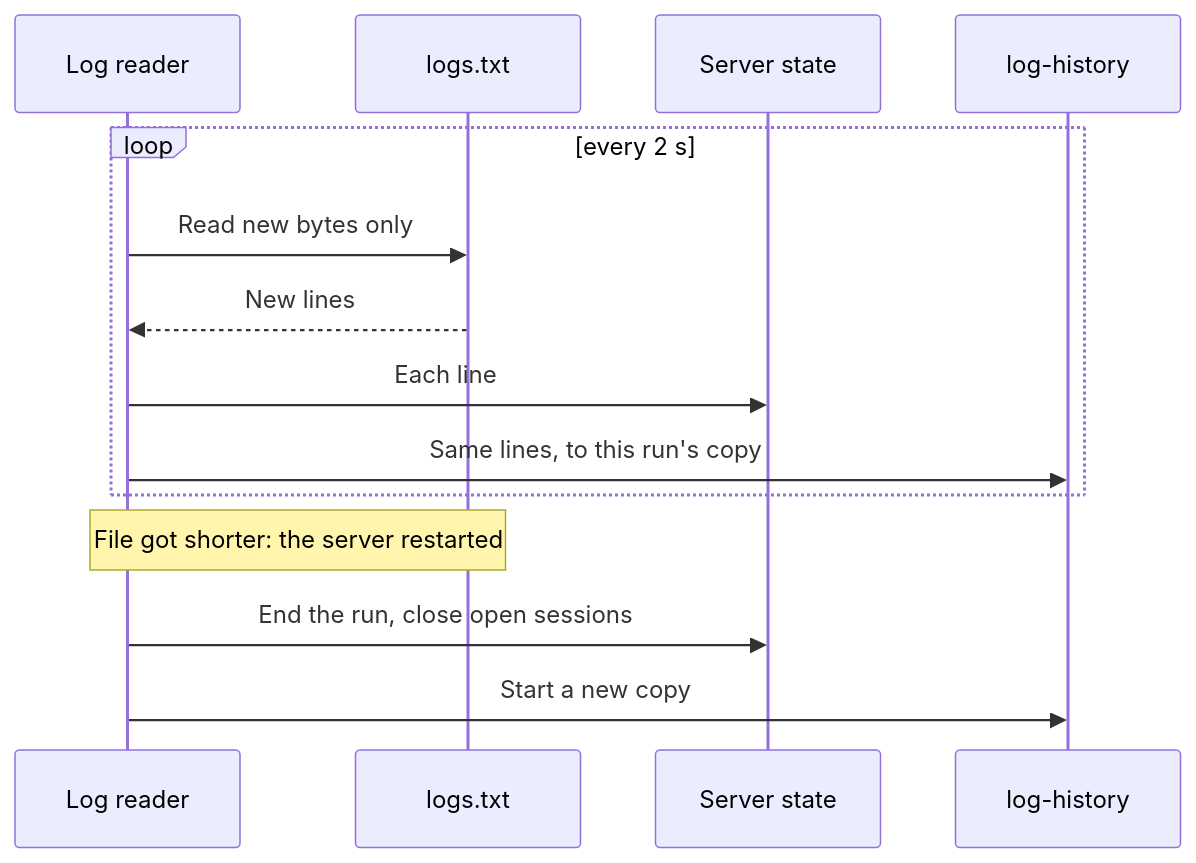
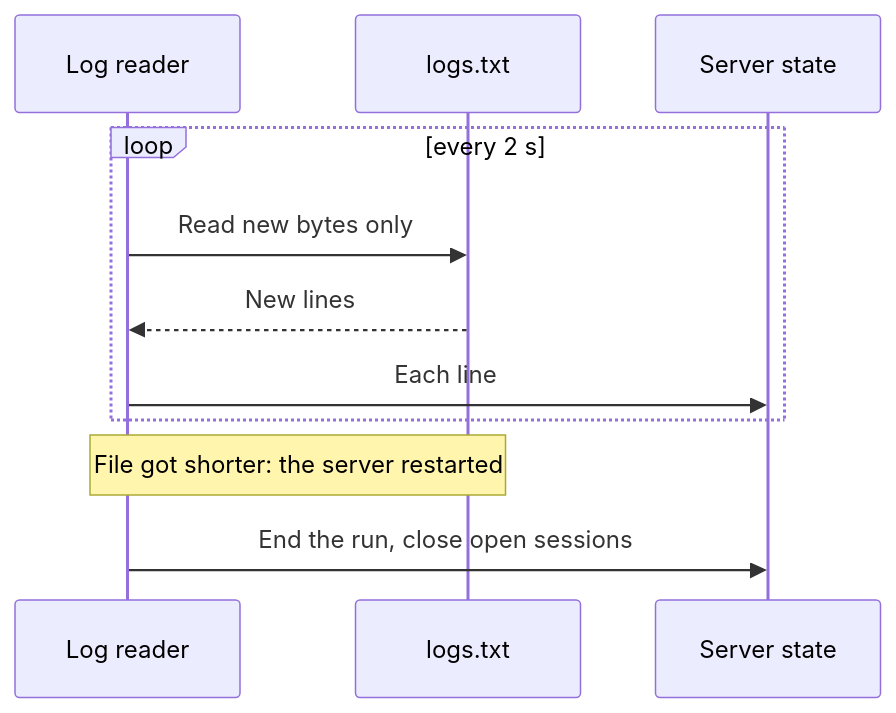
The fourth of 22 diagrams in docs/architecture.md (cristiadu/valheim-dashboard), drawn with Mermaid before and after one commit. The commit also changed other lines of this file and 8 other files, not shown here.

Commit message:
Event log plugin 2.34.0: keep each run's log in log-history even while the dashboard is off (#151)

````diff
--- a/docs/architecture.md
+++ b/docs/architecture.md
@@ -57,16 +57,13 @@
 ```mermaid
 sequenceDiagram
   participant T as Log reader
   participant L as logs.txt
   participant S as Server state
-  participant H as log-history
   loop every 2 s
     T->>L: Read new bytes only
     L-->>T: New lines
     T->>S: Each line
-    T->>H: Same lines, to this run's copy
   end
   Note over T,L: File got shorter: the server restarted
   T->>S: End the run, close open sessions
-  T->>H: Start a new copy
 ```
````
